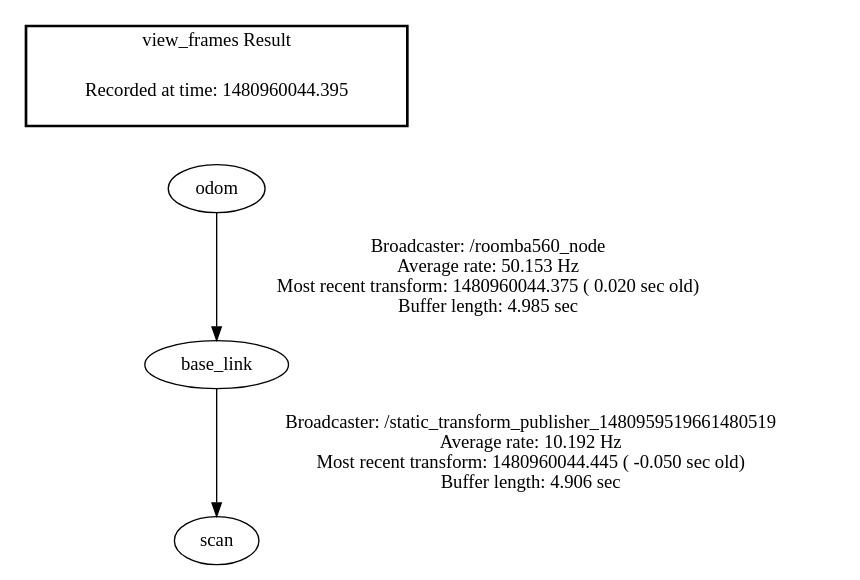
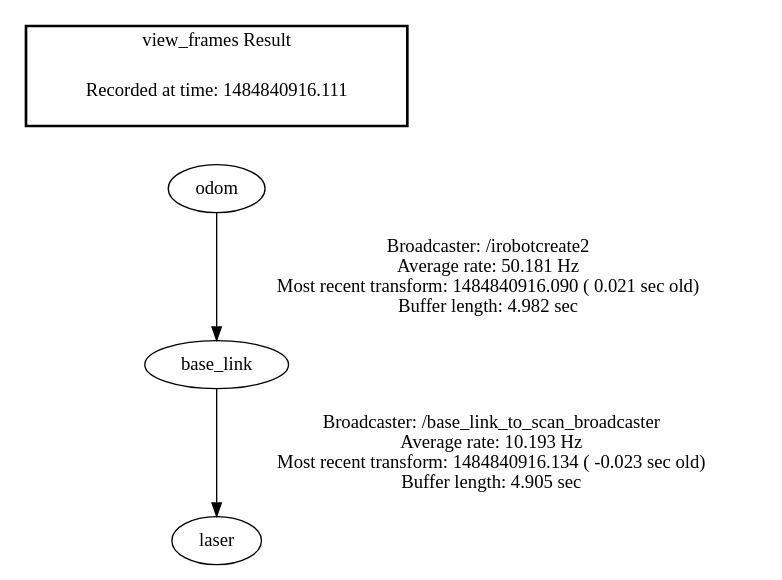
Before and after one commit to McKracken/kmi_ros: the diagram in kmi_navigation/launch/frames.gv, drawn with Graphviz. The commit also changed 5 other files, not shown here.

```diff
--- a/kmi_navigation/launch/frames.gv
+++ b/kmi_navigation/launch/frames.gv
@@ -1,8 +1,8 @@
 digraph G {
-"odom" -> "base_link"[label="Broadcaster: /roomba560_node\nAverage rate: 50.153 Hz\nMost recent transform: 1480960044.375 ( 0.020 sec old)\nBuffer length: 4.985 sec\n"];
-"base_link" -> "scan"[label="Broadcaster: /static_transform_publisher_1480959519661480519\nAverage rate: 10.192 Hz\nMost recent transform: 1480960044.445 ( -0.050 sec old)\nBuffer length: 4.906 sec\n"];
+"odom" -> "base_link"[label="Broadcaster: /irobotcreate2\nAverage rate: 50.181 Hz\nMost recent transform: 1484840916.090 ( 0.021 sec old)\nBuffer length: 4.982 sec\n"];
+"base_link" -> "laser"[label="Broadcaster: /base_link_to_scan_broadcaster\nAverage rate: 10.193 Hz\nMost recent transform: 1484840916.134 ( -0.023 sec old)\nBuffer length: 4.905 sec\n"];
 edge [style=invis];
  subgraph cluster_legend { style=bold; color=black; label ="view_frames Result";
-"Recorded at time: 1480960044.395"[ shape=plaintext ] ;
+"Recorded at time: 1484840916.111"[ shape=plaintext ] ;
  }->"odom";
 }
```
